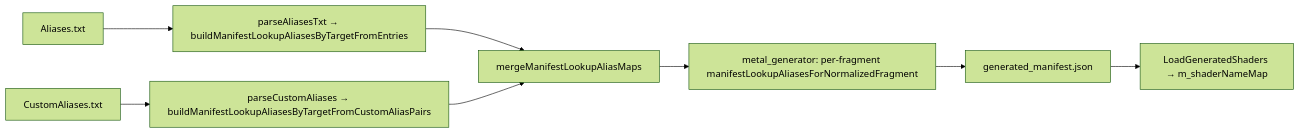
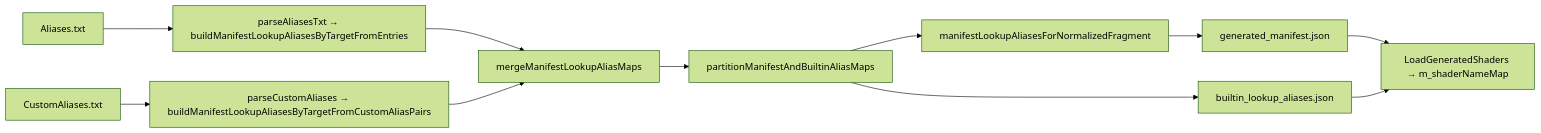
The diagram in docs/metal-shader-load-fatal-resolution.md (nikage/Far-Cry-1-Source-Full-MacPort), drawn with Mermaid (forest theme) before and after one commit. The commit also changed other lines of this file and 8 other files, not shown here.

First line of the commit message:
[shader_port][XRenderMetal] Aliases.txt parity: manifest + builtin alias tables

````diff
--- a/docs/metal-shader-load-fatal-resolution.md
+++ b/docs/metal-shader-load-fatal-resolution.md
@@ -75,19 +75,24 @@
 ```mermaid
 flowchart LR
   aliasesTxt["Aliases.txt"]
   customTxt["CustomAliases.txt"]
   parseFlat["parseAliasesTxt → buildManifestLookupAliasesByTargetFromEntries"]
   parseCustom["parseCustomAliases → buildManifestLookupAliasesByTargetFromCustomAliasPairs"]
   merge["mergeManifestLookupAliasMaps"]
-  gen["metal_generator: per-fragment manifestLookupAliasesForNormalizedFragment"]
+  part["partitionManifestAndBuiltinAliasMaps"]
+  gen["manifestLookupAliasesForNormalizedFragment"]
   json["generated_manifest.json"]
+  builtinJson["builtin_lookup_aliases.json"]
   load["LoadGeneratedShaders → m_shaderNameMap"]
 
   aliasesTxt --> parseFlat
   customTxt --> parseCustom
   parseFlat --> merge
   parseCustom --> merge
-  merge --> gen
+  merge --> part
+  part --> gen
   gen --> json
+  part --> builtinJson
   json --> load
+  builtinJson --> load
 ```
````
